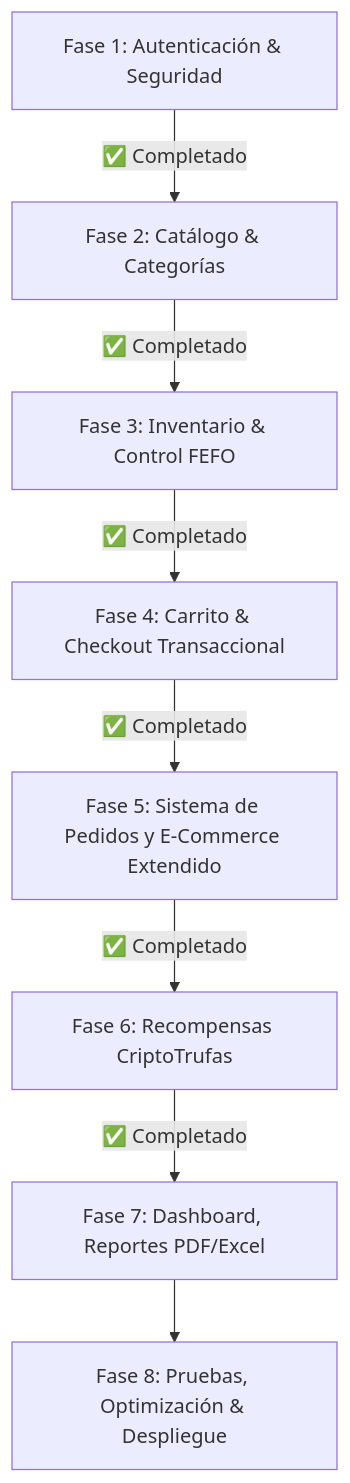
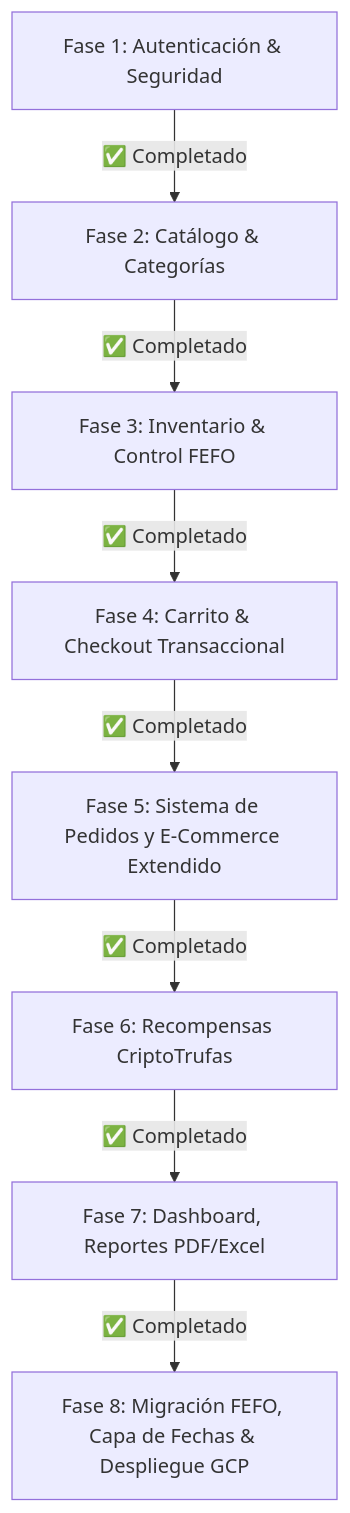
The diagram in _docs/fases/plan_fases.md (Gimms11/MitrufelyWeb), drawn with Mermaid before and after one commit. The commit also changed other lines of this file and 4 other files, not shown here.

Commit message:
docs: add project documentation for GCP serverless architecture and deployment phases

````diff
--- a/_docs/fases/plan_fases.md
+++ b/_docs/fases/plan_fases.md
@@ -9,10 +9,10 @@
 ```mermaid
 graph TD
     F1[Fase 1: Autenticación & Seguridad] -->|✅ Completado| F2[Fase 2: Catálogo & Categorías]
     F2 -->|✅ Completado| F3[Fase 3: Inventario & Control FEFO]
     F3 -->|✅ Completado| F4[Fase 4: Carrito & Checkout Transaccional]
     F4 -->|✅ Completado| F5[Fase 5: Sistema de Pedidos y E-Commerce Extendido]
     F5 -->|✅ Completado| F6[Fase 6: Recompensas CriptoTrufas]
     F6 -->|✅ Completado| F7[Fase 7: Dashboard, Reportes PDF/Excel]
-    F7 --> F8[Fase 8: Pruebas, Optimización & Despliegue]
+    F7 -->|✅ Completado| F8[Fase 8: Migración FEFO, Capa de Fechas & Despliegue GCP]
 ```
````
